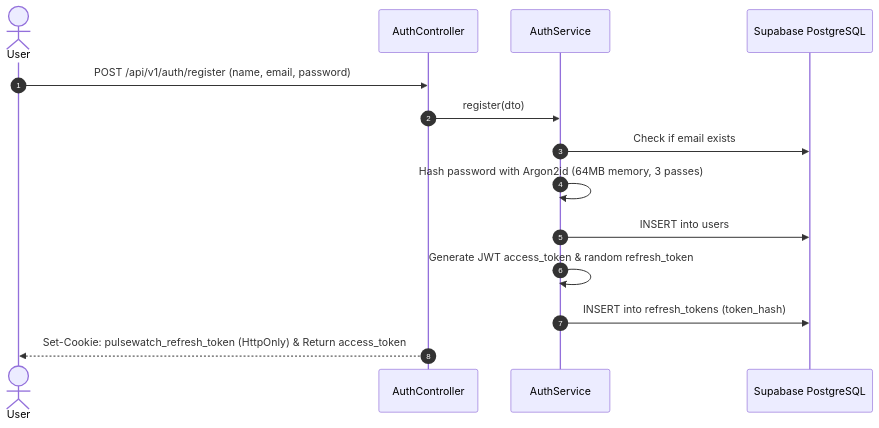
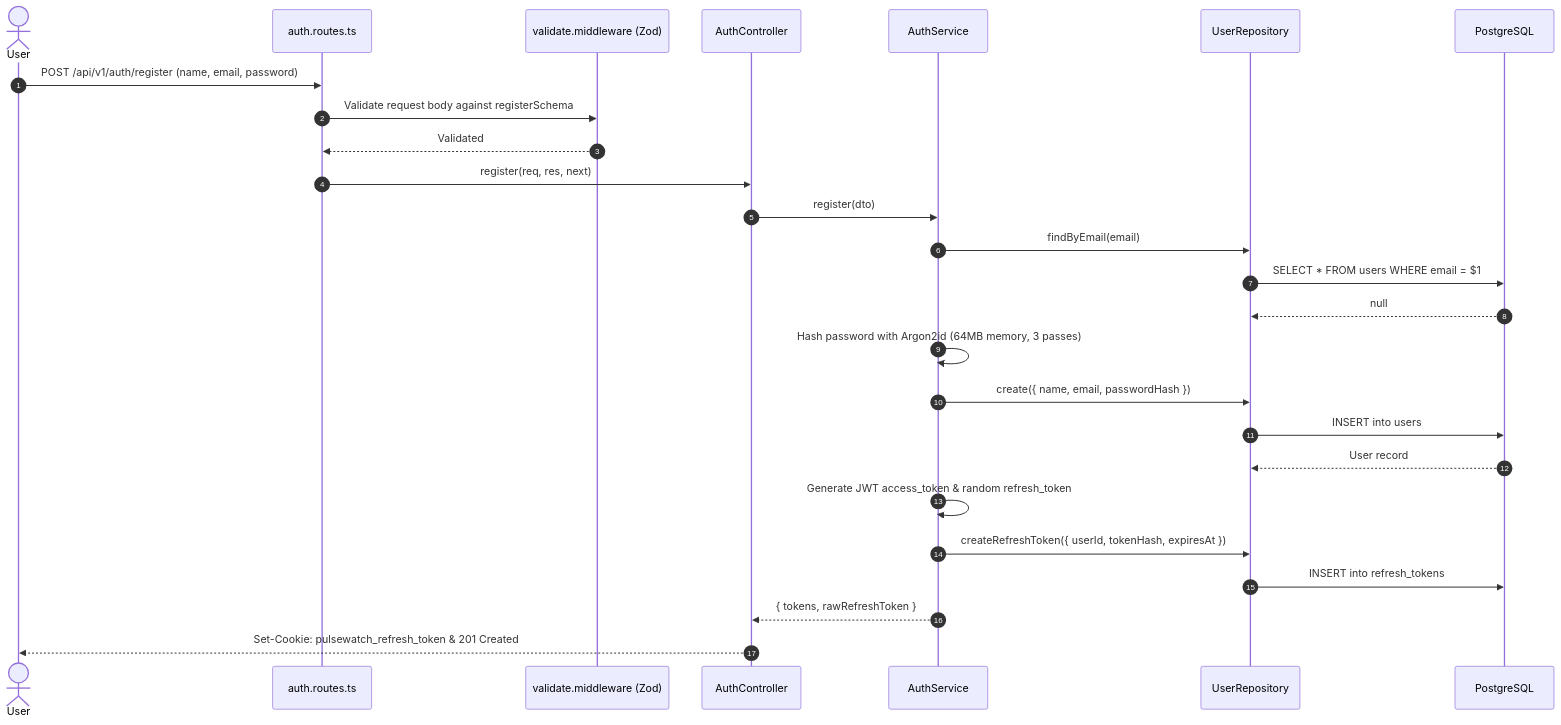
The second of 2 diagrams in docs/ARCHITECTURE.md (alokprasad573/PulseWatch), drawn with Mermaid before and after one commit. The commit also changed other lines of this file and 119 other files, not shown here.

````diff
--- a/docs/ARCHITECTURE.md
+++ b/docs/ARCHITECTURE.md
@@ -169,17 +181,29 @@
 ```mermaid
 sequenceDiagram
     autonumber
     actor User as User
-    participant AuthCtrl as AuthController
-    participant AuthSvc as AuthService
-    participant DB as Supabase PostgreSQL
+    participant Route as auth.routes.ts
+    participant Val as validate.middleware (Zod)
+    participant Ctrl as AuthController
+    participant Svc as AuthService
+    participant Repo as UserRepository
+    participant DB as PostgreSQL
 
-    User->>AuthCtrl: POST /api/v1/auth/register (name, email, password)
-    AuthCtrl->>AuthSvc: register(dto)
-    AuthSvc->>DB: Check if email exists
-    AuthSvc->>AuthSvc: Hash password with Argon2id (64MB memory, 3 passes)
-    AuthSvc->>DB: INSERT into users
-    AuthSvc->>AuthSvc: Generate JWT access_token & random refresh_token
-    AuthSvc->>DB: INSERT into refresh_tokens (token_hash)
-    AuthCtrl-->>User: Set-Cookie: pulsewatch_refresh_token (HttpOnly) & Return access_token
+    User->>Route: POST /api/v1/auth/register (name, email, password)
+    Route->>Val: Validate request body against registerSchema
+    Val-->>Route: Validated
+    Route->>Ctrl: register(req, res, next)
+    Ctrl->>Svc: register(dto)
+    Svc->>Repo: findByEmail(email)
+    Repo->>DB: SELECT * FROM users WHERE email = $1
+    DB-->>Repo: null
+    Svc->>Svc: Hash password with Argon2id (64MB memory, 3 passes)
+    Svc->>Repo: create({ name, email, passwordHash })
+    Repo->>DB: INSERT into users
+    DB-->>Repo: User record
+    Svc->>Svc: Generate JWT access_token & random refresh_token
+    Svc->>Repo: createRefreshToken({ userId, tokenHash, expiresAt })
+    Repo->>DB: INSERT into refresh_tokens
+    Svc-->>Ctrl: { tokens, rawRefreshToken }
+    Ctrl-->>User: Set-Cookie: pulsewatch_refresh_token & 201 Created
 ```
````
